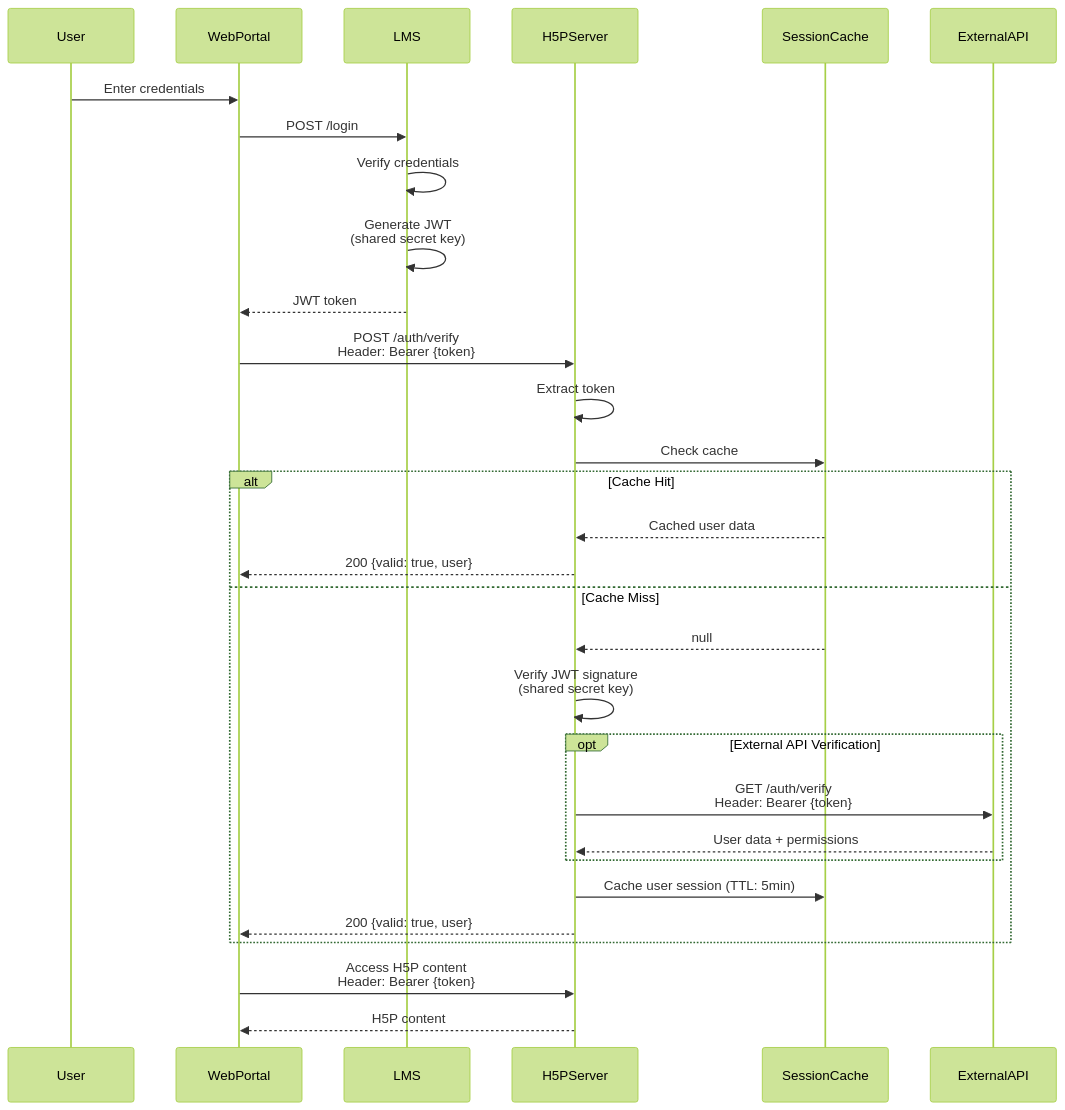
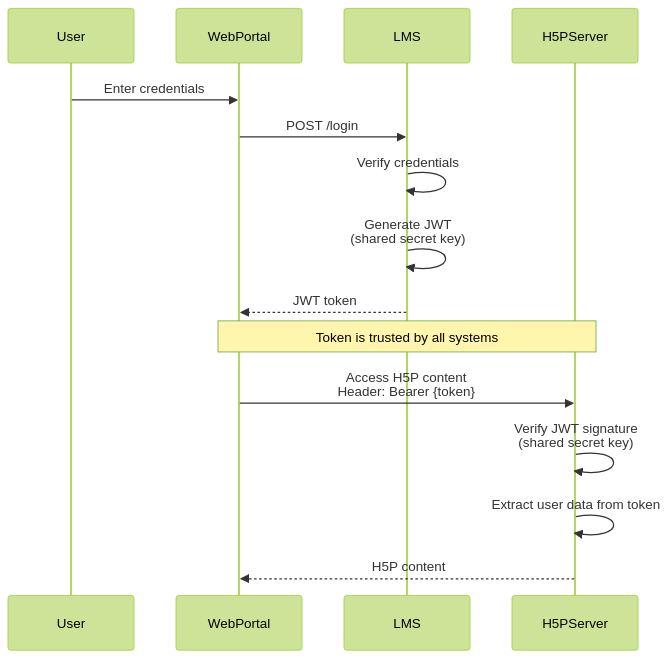
Before and after one commit to phamdacthanh197/h5p_document_web_portal: the third of 8 diagrams in Welcome file.md, drawn with Mermaid (forest theme). The commit also changed other lines of this file, not shown here.

Commit message:
Revise authentication flow and shared secret key details
Updated authentication flow documentation to reflect shared secret key usage across all systems and removed unnecessary verification steps.

````diff
--- a/Welcome file.md
+++ b/Welcome file.md
@@ -325,38 +325,20 @@
 ```mermaid
 sequenceDiagram
     participant User
     participant WebPortal
     participant LMS
     participant H5PServer
-    participant SessionCache
-    participant ExternalAPI
     
     User->>WebPortal: Enter credentials
     WebPortal->>LMS: POST /login
     LMS->>LMS: Verify credentials
     LMS->>LMS: Generate JWT<br/>(shared secret key)
     LMS-->>WebPortal: JWT token
     
-    WebPortal->>H5PServer: POST /auth/verify<br/>Header: Bearer {token}
-    H5PServer->>H5PServer: Extract token
-    H5PServer->>SessionCache: Check cache
-    
-    alt Cache Hit
-        SessionCache-->>H5PServer: Cached user data
-        H5PServer-->>WebPortal: 200 {valid: true, user}
-    else Cache Miss
-        SessionCache-->>H5PServer: null
-        H5PServer->>H5PServer: Verify JWT signature<br/>(shared secret key)
-        
-        opt External API Verification
-            H5PServer->>ExternalAPI: GET /auth/verify<br/>Header: Bearer {token}
-            ExternalAPI-->>H5PServer: User data + permissions
-        end
-        
-        H5PServer->>SessionCache: Cache user session (TTL: 5min)
-        H5PServer-->>WebPortal: 200 {valid: true, user}
-    end
+    Note over WebPortal,H5PServer: Token is trusted by all systems
     
     WebPortal->>H5PServer: Access H5P content<br/>Header: Bearer {token}
+    H5PServer->>H5PServer: Verify JWT signature<br/>(shared secret key)
+    H5PServer->>H5PServer: Extract user data from token
     H5PServer-->>WebPortal: H5P content
 ```
````
